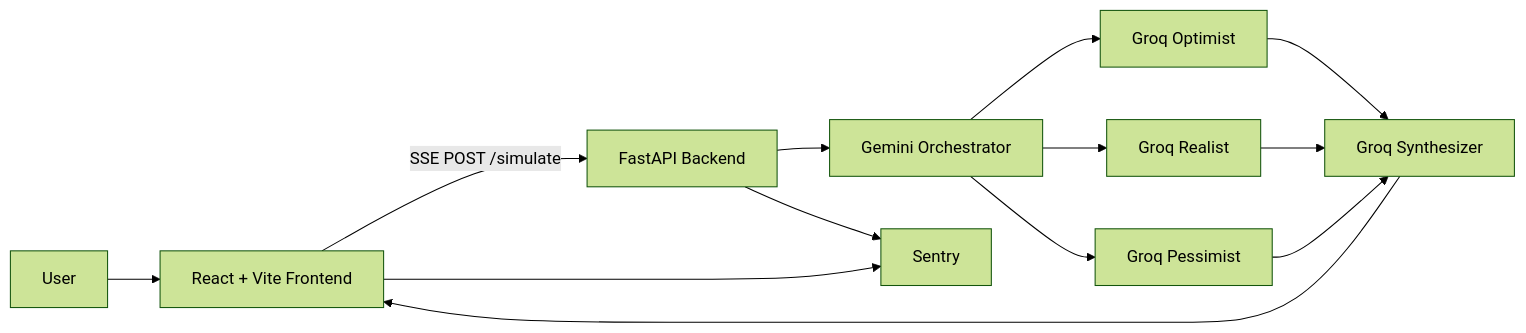
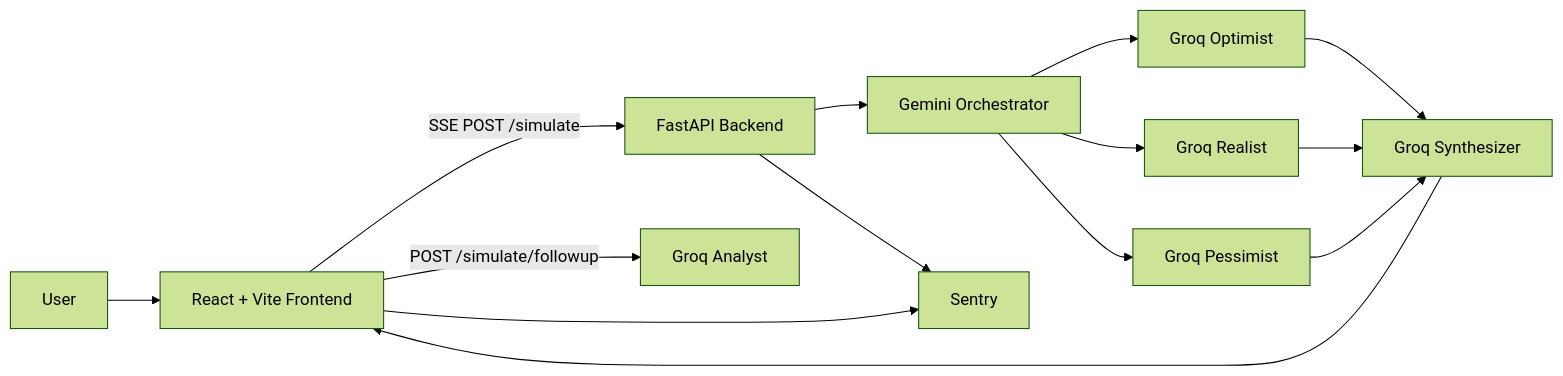
The diagram in README.md (mak4x13/ForesightX), drawn with Mermaid (forest theme) before and after one commit. The commit also changed other lines of this file and 20 other files, not shown here.

````diff
--- a/README.md
+++ b/README.md
@@ -27,15 +27,16 @@
 ```mermaid
 flowchart LR
   U[User] --> F[React + Vite Frontend]
   F -->|SSE POST /simulate| B[FastAPI Backend]
   B --> O[Gemini Orchestrator]
   O --> P1[Groq Optimist]
   O --> P2[Groq Realist]
   O --> P3[Groq Pessimist]
   P1 --> S[Groq Synthesizer]
   P2 --> S
   P3 --> S
   S --> F
+  F -->|POST /simulate/followup| A[Groq Analyst]
   B --> M[Sentry]
   F --> M
 ```
````
